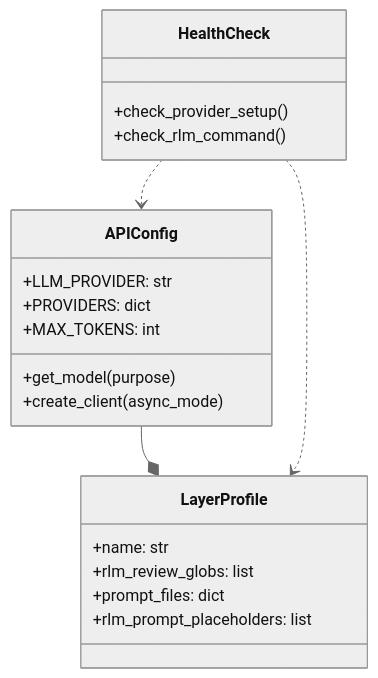
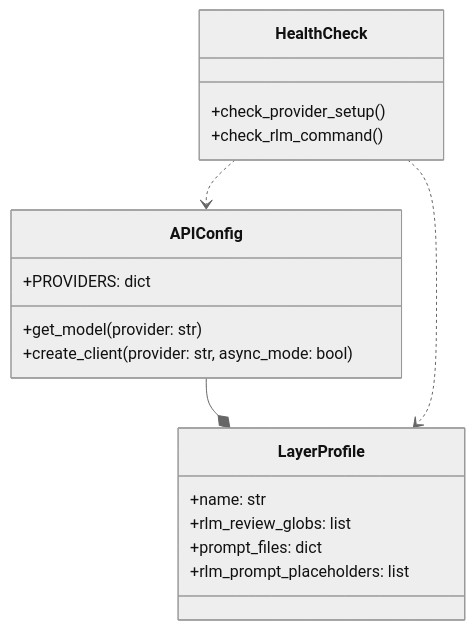
Before and after one commit to Cody-W-Tucker/Cognitive-Assistant: the second of 2 diagrams in docs/Provider-Configuration-and-RLM-Integration.md, drawn with Mermaid (neutral theme). The commit also changed other lines of this file and 14 other files, not shown here.

````diff
--- a/docs/Provider-Configuration-and-RLM-Integration.md
+++ b/docs/Provider-Configuration-and-RLM-Integration.md
@@ -123,23 +119,21 @@
 ```mermaid
 classDiagram
     class APIConfig {
-        +LLM_PROVIDER: str
         +PROVIDERS: dict
-        +MAX_TOKENS: int
-        +get_model(purpose)
-        +create_client(async_mode)
+        +get_model(provider: str)
+        +create_client(provider: str, async_mode: bool)
     }
     class LayerProfile {
         +name: str
         +rlm_review_globs: list
         +prompt_files: dict
         +rlm_prompt_placeholders: list
     }
     class HealthCheck {
         +check_provider_setup()
         +check_rlm_command()
     }
     APIConfig --* LayerProfile
     HealthCheck ..> APIConfig
     HealthCheck ..> LayerProfile
 ```
````
